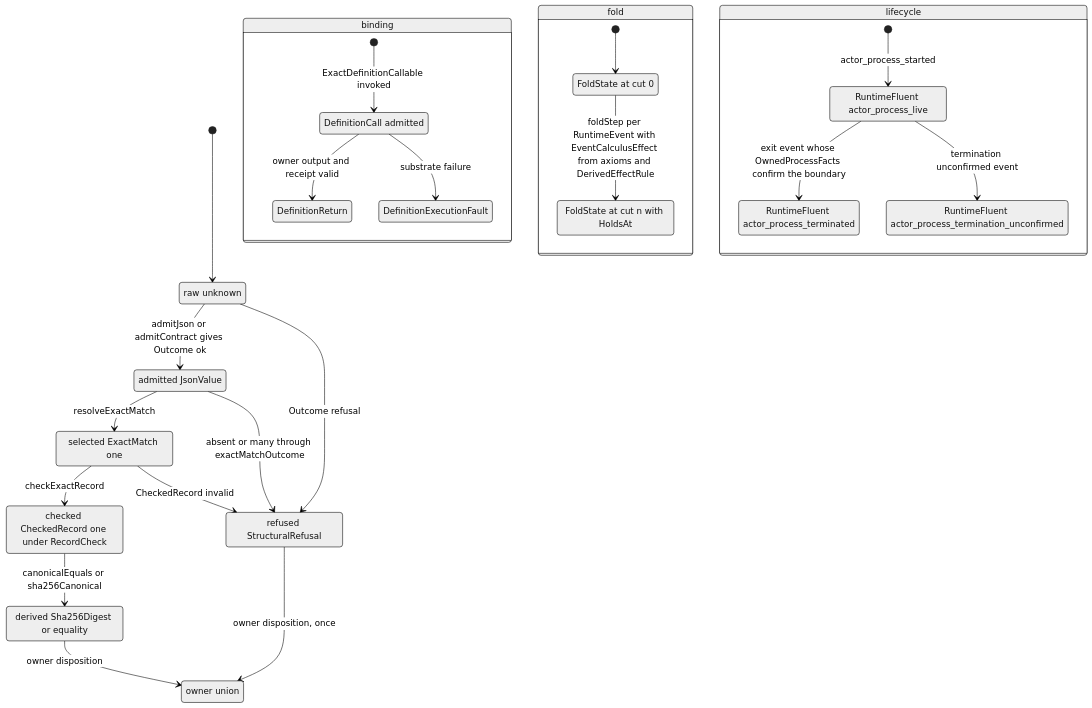
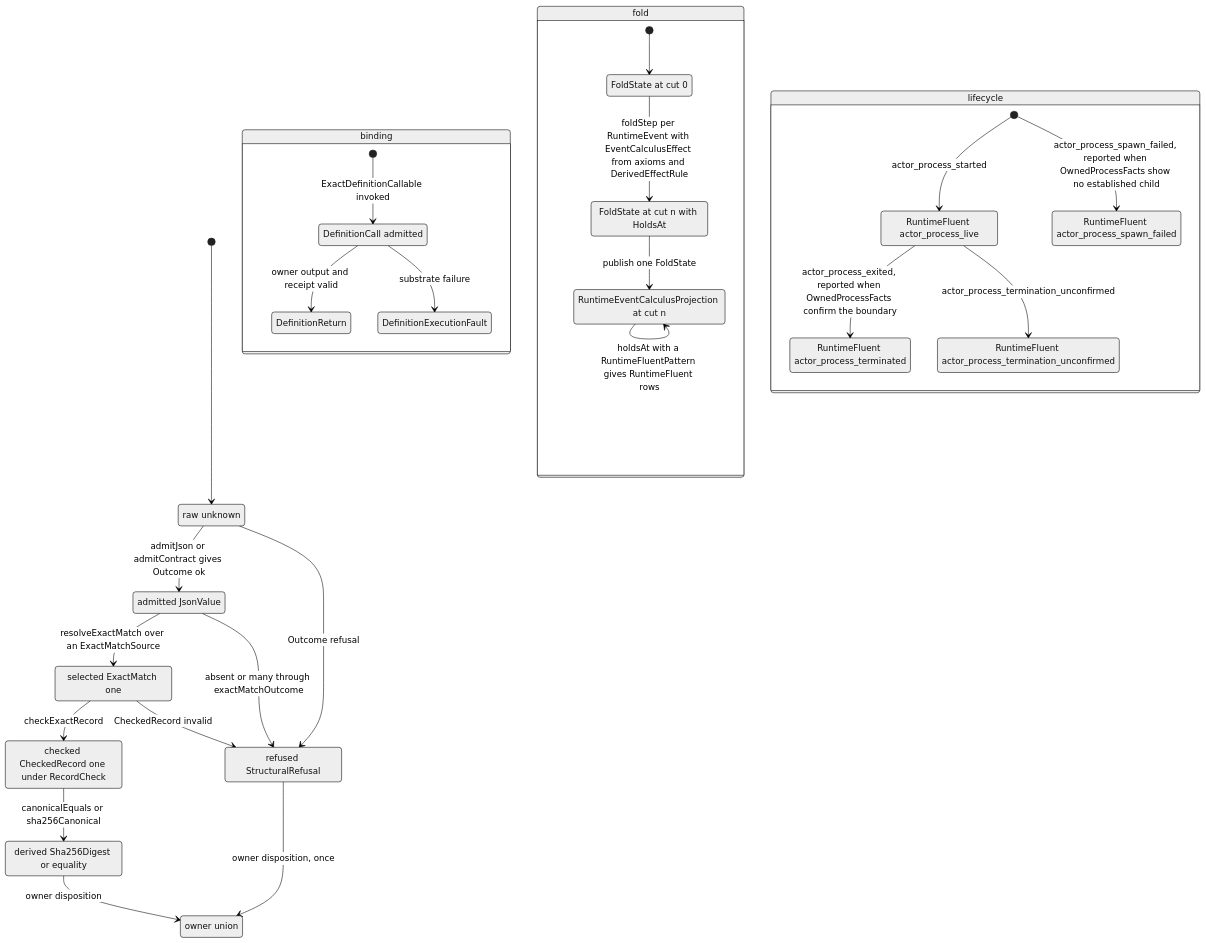
One commit to foolishimp/abiogenesis changed the fourth of 6 diagrams in build_tenants/abiogenesis/typescript/design/ABI5_COMMON_COMPUTATIONAL_CAPABILITY_LIBRARY_DESIGN.md. Above: the diagram before and after it, drawn with Mermaid (neutral theme). The commit also changed other lines of this file and 3 other files, not shown here.

````diff
--- a/build_tenants/abiogenesis/typescript/design/ABI5_COMMON_COMPUTATIONAL_CAPABILITY_LIBRARY_DESIGN.md
+++ b/build_tenants/abiogenesis/typescript/design/ABI5_COMMON_COMPUTATIONAL_CAPABILITY_LIBRARY_DESIGN.md
@@ -400,42 +453,47 @@
 ```mermaid
 stateDiagram-v2
   state "raw unknown" as raw
   state "admitted JsonValue" as admitted
   state "refused StructuralRefusal" as refused
   state "selected ExactMatch one" as selected
   state "checked CheckedRecord one under RecordCheck" as checked
   state "derived Sha256Digest or equality" as derived
   state "owner union" as owner_union
   [*] --> raw
   raw --> admitted : admitJson or admitContract gives Outcome ok
   raw --> refused : Outcome refusal
-  admitted --> selected : resolveExactMatch
+  admitted --> selected : resolveExactMatch over an ExactMatchSource
   admitted --> refused : absent or many through exactMatchOutcome
   selected --> checked : checkExactRecord
   selected --> refused : CheckedRecord invalid
   checked --> derived : canonicalEquals or sha256Canonical
   derived --> owner_union : owner disposition
   refused --> owner_union : owner disposition, once
   state binding {
     state "DefinitionCall admitted" as call
     state "DefinitionReturn" as returned
     state "DefinitionExecutionFault" as faulted
     [*] --> call : ExactDefinitionCallable invoked
     call --> returned : owner output and receipt valid
     call --> faulted : substrate failure
   }
   state fold {
     state "FoldState at cut 0" as s0
     state "FoldState at cut n with HoldsAt" as sn
+    state "RuntimeEventCalculusProjection at cut n" as published
     [*] --> s0
     s0 --> sn : foldStep per RuntimeEvent with EventCalculusEffect from axioms and DerivedEffectRule
+    sn --> published : publish one FoldState
+    published --> published : holdsAt with a RuntimeFluentPattern gives RuntimeFluent rows
   }
   state lifecycle {
     state "RuntimeFluent actor_process_live" as live
     state "RuntimeFluent actor_process_terminated" as terminated
     state "RuntimeFluent actor_process_termination_unconfirmed" as unconfirmed
+    state "RuntimeFluent actor_process_spawn_failed" as spawn_failed
+    [*] --> spawn_failed : actor_process_spawn_failed, reported when OwnedProcessFacts show no established child
     [*] --> live : actor_process_started
-    live --> terminated : exit event whose OwnedProcessFacts confirm the boundary
-    live --> unconfirmed : termination unconfirmed event
+    live --> terminated : actor_process_exited, reported when OwnedProcessFacts confirm the boundary
+    live --> unconfirmed : actor_process_termination_unconfirmed
   }
 ```
````
